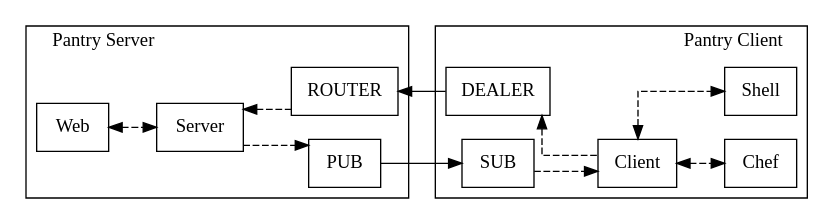
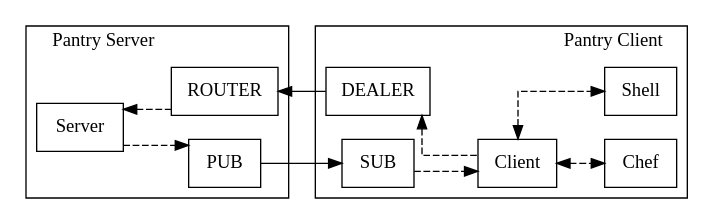
One commit to pantry/pantry changed the diagram in doc/network_topology.dot. Above: the diagram before and after it, drawn with Graphviz. The commit also changed 1 other file, not shown here.

Commit message:
Remove "web" from the topology image
Nothing is "web" yet, is just confusing right now.

```diff
--- a/doc/network_topology.dot
+++ b/doc/network_topology.dot
@@ -1,45 +1,42 @@
 digraph pantry {
   rankdir = LR;
   color = black;
   splines = ortho;
   node [shape=rectangle];
 
   subgraph cluster_server {
     label = "Pantry Server";
     labeljust = left;
     edge [style=dashed];
 
     server     [label="Server"];
-    server_web [label="Web"];
     publish    [label="PUB"];
 
     server_dealer [label="ROUTER"];
-
-    server_web -> server [dir=both];
 
     server -> publish;
     server -> server_dealer [dir=back];
   }
 
   subgraph cluster_client {
     label = "Pantry Client";
     labeljust = right;
     edge [style=dashed];
 
     client        [label="Client"];
     subscribe     [label="SUB"];
     provisioning  [label="Chef"];
     shell         [label="Shell"];
 
     client_dealer [label="DEALER"];
 
     client     -> provisioning [dir=both];
     client     -> shell        [dir=both];
 
     subscribe     -> client;
     client_dealer -> client [dir=back];
   }
 
   server_dealer -> client_dealer [dir=back];
   publish       -> subscribe;
 }
```
